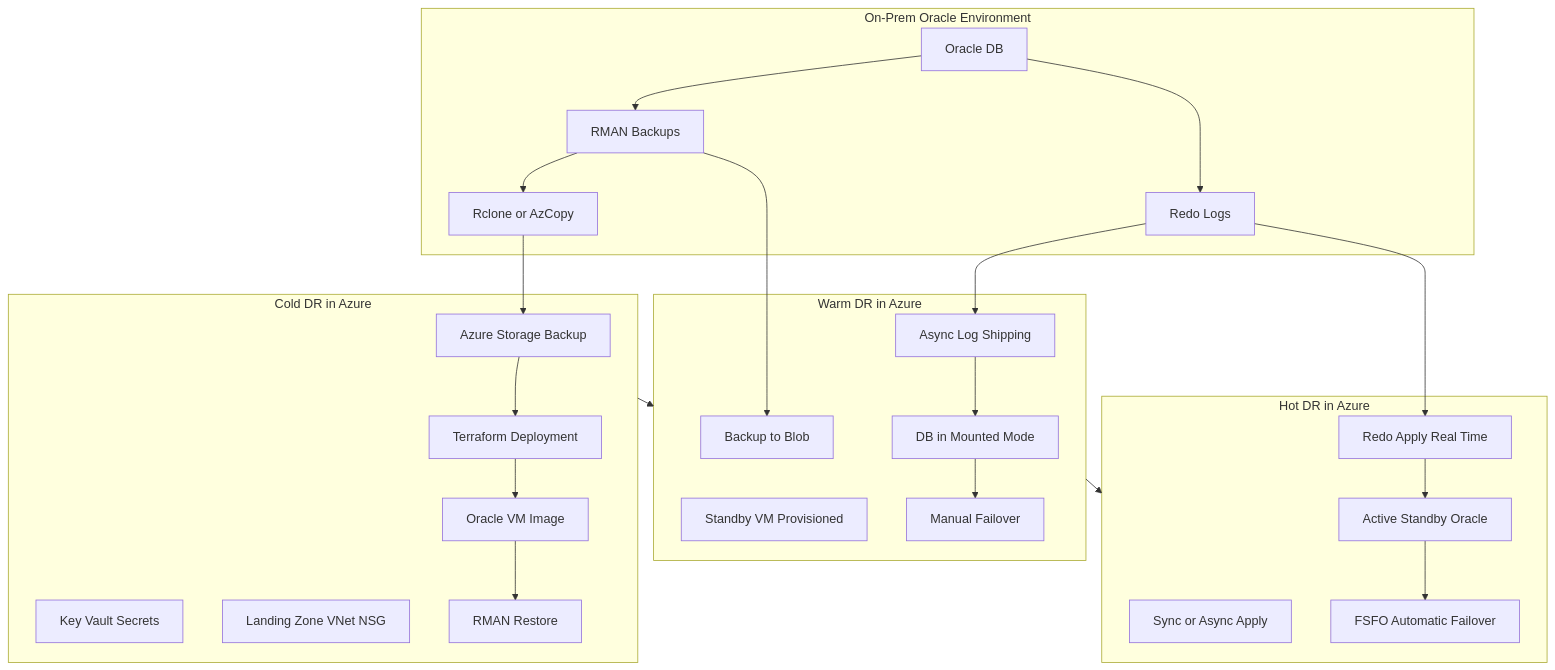
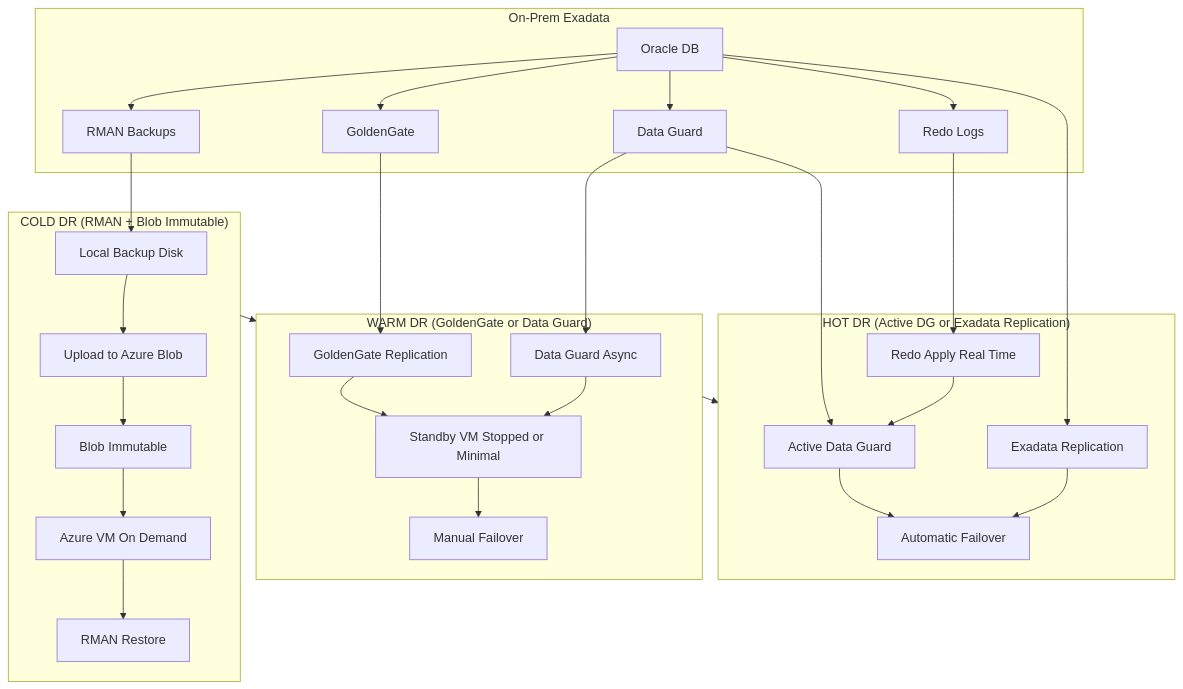
Before and after one commit to midwilshire/cold-room: the diagram in cwh.md, drawn with Mermaid.

Commit message:
Refactor DR diagrams for clarity and detail

````diff
--- a/cwh.md
+++ b/cwh.md
@@ -2,65 +2,64 @@
 ```mermaid
 flowchart TB
 
-%% =======================
-%% ON-PREM COMMON
-%% =======================
-subgraph OnPrem["On-Prem Oracle Environment"]
-    OPDB[Oracle DB]
-    OPRMAN[RMAN Backups]
-    OPRCLONE[Rclone or AzCopy]
-    OPREDO[Redo Logs]
+%% ------------------------
+%% ON-PREM ORACLE EXADATA
+%% ------------------------
+subgraph ONPREM["On-Prem Exadata"]
+    DB[Oracle DB]
+    RMAN[RMAN Backups]
+    GG[GoldenGate]
+    DG[Data Guard]
+    REDO[Redo Logs]
 end
 
-OPDB --> OPRMAN
-OPDB --> OPREDO
+DB --> RMAN
+DB --> GG
+DB --> DG
+DB --> REDO
 
-%% =======================
+%% ------------------------
 %% COLD DR
-%% =======================
-subgraph COLD["Cold DR in Azure"]
-    C1[Azure Storage Backup]
-    C2[Key Vault Secrets]
-    C3[Landing Zone VNet NSG]
-    C4[Oracle VM Image]
-    C5[Terraform Deployment]
-    C6[RMAN Restore]
+%% ------------------------
+subgraph COLD["COLD DR (RMAN + Blob Immutable)"]
+    C1[Local Backup Disk]
+    C2[Upload to Azure Blob]
+    C3[Blob Immutable]
+    C4[Azure VM On Demand]
+    C5[RMAN Restore]
 end
 
-OPRMAN --> OPRCLONE --> C1
-C1 --> C5 --> C4 --> C6
+RMAN --> C1 --> C2 --> C3
+C3 --> C4 --> C5
 
-%% =======================
+%% ------------------------
 %% WARM DR
-%% =======================
-subgraph WARM["Warm DR in Azure"]
-    W1[Backup to Blob]
-    W2[Async Log Shipping]
-    W3[Standby VM Provisioned]
-    W4[DB in Mounted Mode]
-    W5[Manual Failover]
+%% ------------------------
+subgraph WARM["WARM DR (GoldenGate or Data Guard)"]
+    W1[GoldenGate Replication]
+    W2[Data Guard Async]
+    W3[Standby VM Stopped or Minimal]
+    W4[Manual Failover]
 end
 
-OPRMAN --> W1
-OPREDO --> W2
-W2 --> W4
-W4 --> W5
+GG --> W1 --> W3
+DG --> W2 --> W3
+W3 --> W4
 
-%% =======================
+%% ------------------------
 %% HOT DR
-%% =======================
-subgraph HOT["Hot DR in Azure"]
-    H1[Active Standby Oracle]
+%% ------------------------
+subgraph HOT["HOT DR (Active DG or Exadata Replication)"]
+    H1[Active Data Guard]
     H2[Redo Apply Real Time]
-    H3[Sync or Async Apply]
-    H4[FSFO Automatic Failover]
+    H3[Exadata Replication]
+    H4[Automatic Failover]
 end
 
-OPREDO --> H2 --> H1
-H1 --> H4
+REDO --> H2 --> H1 --> H4
+DG --> H1
+DB --> H3 --> H4
 
-%% =======================
-%% VISUAL FLOW ORDER
-%% =======================
+%% FLOW ORDER
 COLD --> WARM --> HOT
 ```
````
